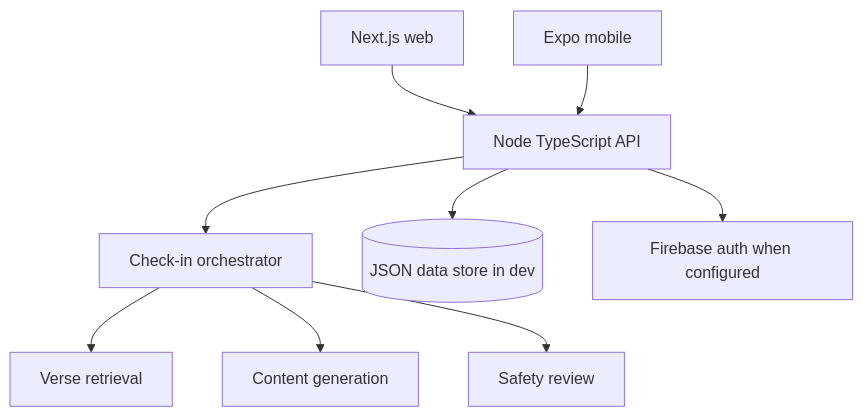
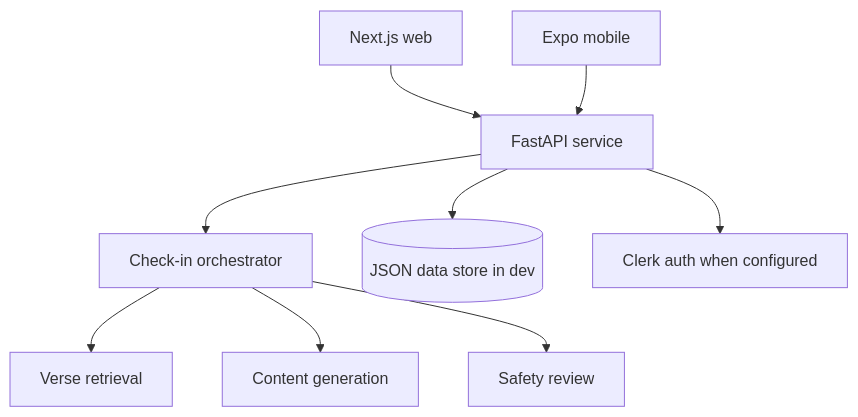
Before and after one commit to frank-asket/lifebook: the second of 2 diagrams in README.md, drawn with Mermaid. The commit also changed other lines of this file and 321 other files, not shown here.

````diff
--- a/README.md
+++ b/README.md
@@ -132,11 +133,11 @@
 ```mermaid
 graph TD
-    Web[Next.js web] --> API[Node TypeScript API]
+    Web[Next.js web] --> API[FastAPI service]
     Mobile[Expo mobile] --> API
     API --> Orchestrator[Check-in orchestrator]
     Orchestrator --> Retrieval[Verse retrieval]
     Orchestrator --> Generation[Content generation]
     Orchestrator --> Safety[Safety review]
     API --> Store[(JSON data store in dev)]
-    API --> Auth[Firebase auth when configured]
+    API --> Auth[Clerk auth when configured]
 ```
````
